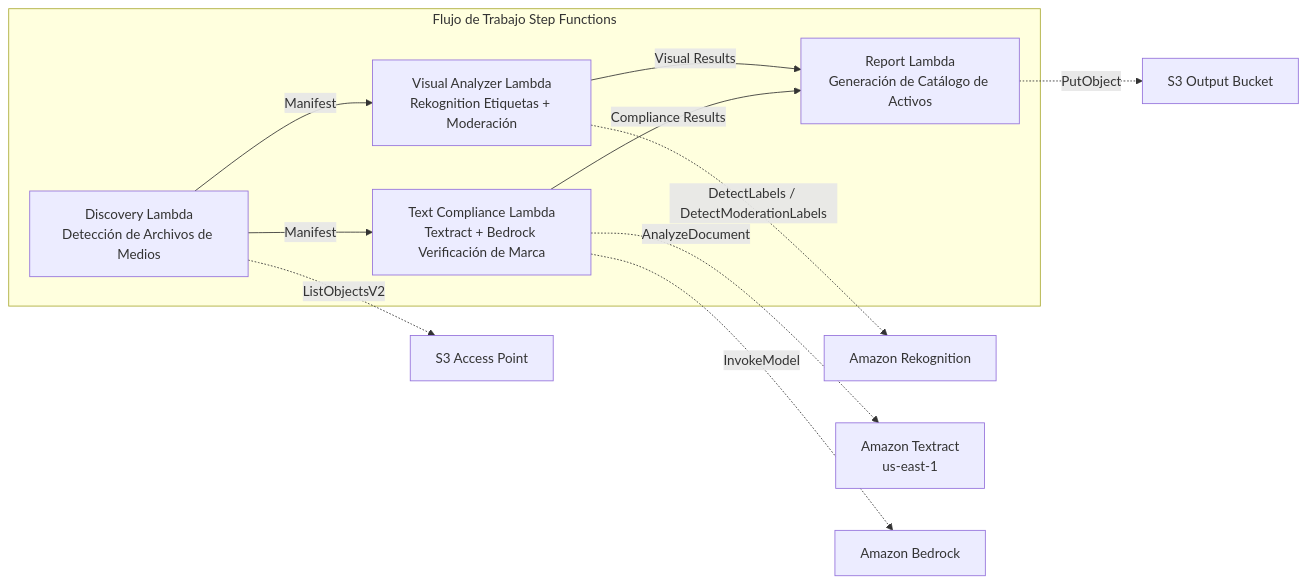
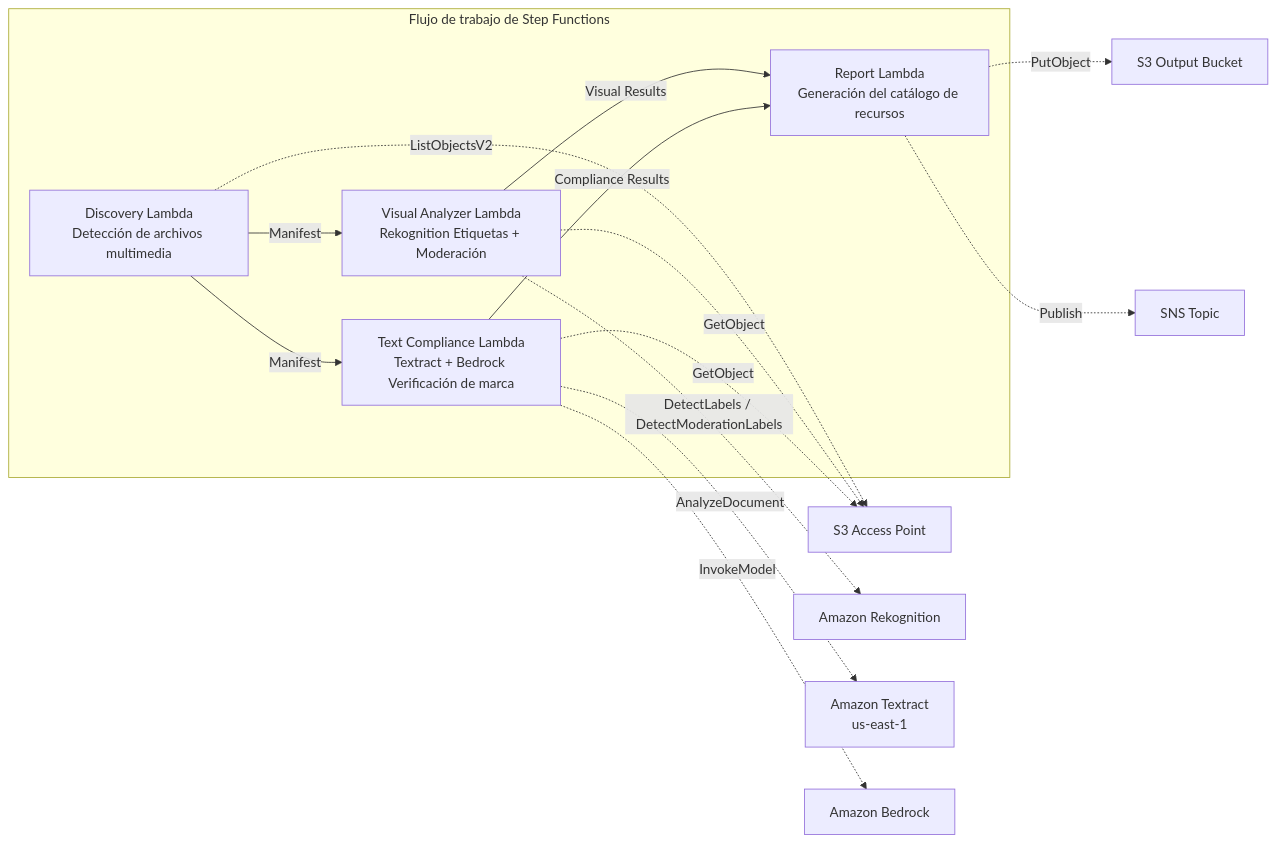
Before and after one commit to Yoshiki0705/FSx-for-ONTAP-S3AccessPoints-Serverless-Patterns: the diagram in solutions/industry/adtech-creative-management/README.es.md, drawn with Mermaid. The commit also changed other lines of this file and 20 other files, not shown here.

````diff
--- a/solutions/industry/adtech-creative-management/README.es.md
+++ b/solutions/industry/adtech-creative-management/README.es.md
@@ -48,20 +60,23 @@
 ```mermaid
 graph LR
-    subgraph "Flujo de Trabajo Step Functions"
-        D[Discovery Lambda<br/>Detección de Archivos de Medios]
+    subgraph "Flujo de trabajo de Step Functions"
+        D[Discovery Lambda<br/>Detección de archivos multimedia]
         VA[Visual Analyzer Lambda<br/>Rekognition Etiquetas + Moderación]
-        TC[Text Compliance Lambda<br/>Textract + Bedrock Verificación de Marca]
-        R[Report Lambda<br/>Generación de Catálogo de Activos]
+        TC[Text Compliance Lambda<br/>Textract + Bedrock Verificación de marca]
+        R[Report Lambda<br/>Generación del catálogo de recursos]
     end
 
     D -->|Manifest| VA
     D -->|Manifest| TC
     VA -->|Visual Results| R
     TC -->|Compliance Results| R
 
     D -.->|ListObjectsV2| S3AP[S3 Access Point]
+    VA -.->|GetObject| S3AP
     VA -.->|DetectLabels / DetectModerationLabels| REK[Amazon Rekognition]
+    TC -.->|GetObject| S3AP
     TC -.->|AnalyzeDocument| TXT[Amazon Textract<br/>us-east-1]
     TC -.->|InvokeModel| BDR[Amazon Bedrock]
     R -.->|PutObject| S3OUT[S3 Output Bucket]
+    R -.->|Publish| SNS[SNS Topic]
 ```
````
